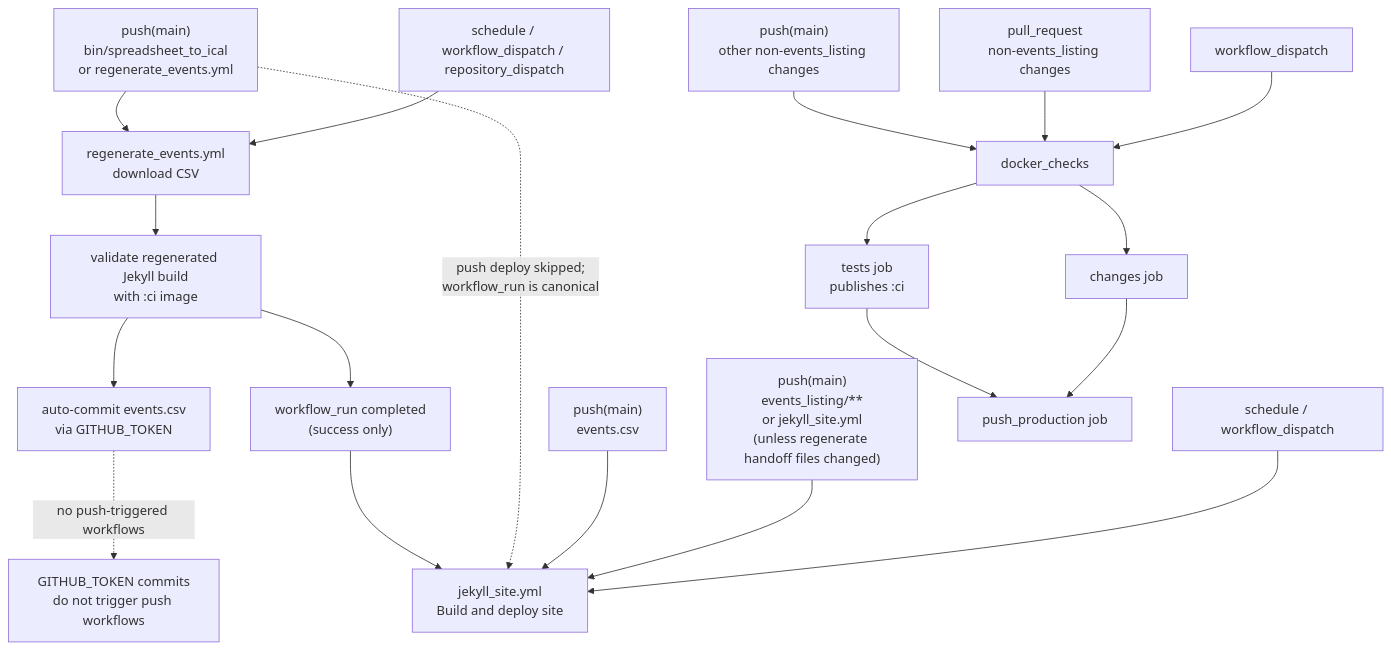
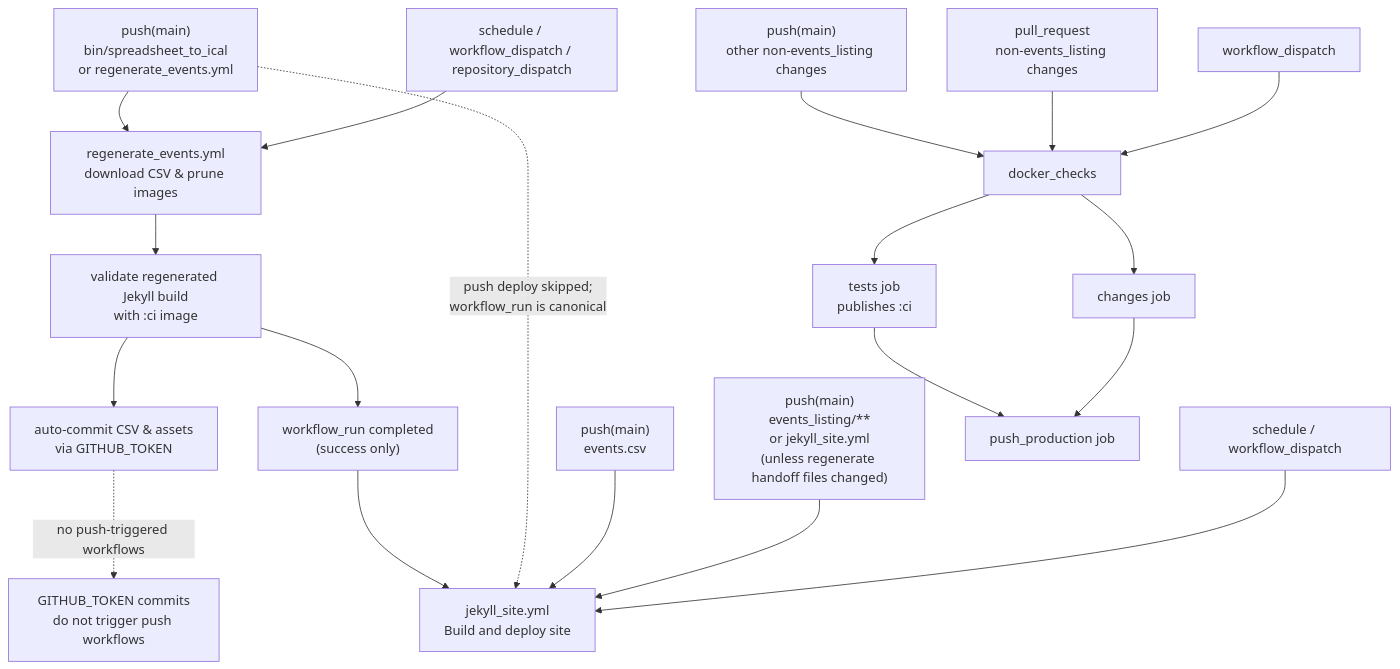
One commit to zewelor/ps_events changed the diagram in .github/workflows/README.md. Above: the diagram before and after it, drawn with Mermaid. The commit also changed 202 other files, not shown here.

````diff
--- a/.github/workflows/README.md
+++ b/.github/workflows/README.md
@@ -9,27 +9,27 @@
 ```mermaid
 flowchart TD
-    push_regen["push(main)<br/>bin/spreadsheet_to_ical<br/>or regenerate_events.yml"] --> regenerate["regenerate_events.yml<br/>download CSV"]
+    push_regen["push(main)<br/>bin/spreadsheet_to_ical<br/>or regenerate_events.yml"] --> regenerate["regenerate_events.yml<br/>download CSV & prune images"]
     schedule_regen["schedule / workflow_dispatch / repository_dispatch"] --> regenerate
 
     regenerate --> regen_validate["validate regenerated Jekyll build<br/>with :ci image"]
-    regen_validate --> regen_commit["auto-commit events.csv<br/>via GITHUB_TOKEN"]
+    regen_validate --> regen_commit["auto-commit CSV & assets<br/>via GITHUB_TOKEN"]
     regen_validate --> regen_complete["workflow_run completed<br/>(success only)"]
     regen_complete --> jekyll["jekyll_site.yml<br/>Build and deploy site"]
 
     regen_commit -. no push-triggered workflows .-> token_note["GITHUB_TOKEN commits<br/>do not trigger push workflows"]
     push_regen -. push deploy skipped;<br/>workflow_run is canonical .-> jekyll
 
     push_events["push(main)<br/>events.csv"] --> jekyll
 
     push_site["push(main)<br/>events_listing/**<br/>or jekyll_site.yml<br/>(unless regenerate handoff files changed)"] --> jekyll
     schedule_site["schedule / workflow_dispatch"] --> jekyll
 
     push_backend["push(main)<br/>other non-events_listing changes"] --> docker_checks
     pr_backend["pull_request<br/>non-events_listing changes"] --> docker_checks
     dispatch_backend["workflow_dispatch"] --> docker_checks
 
     docker_checks --> docker_tests["tests job<br/>publishes :ci"]
     docker_checks --> docker_changes["changes job"]
     docker_tests --> docker_production["push_production job"]
     docker_changes --> docker_production
 ```
````
